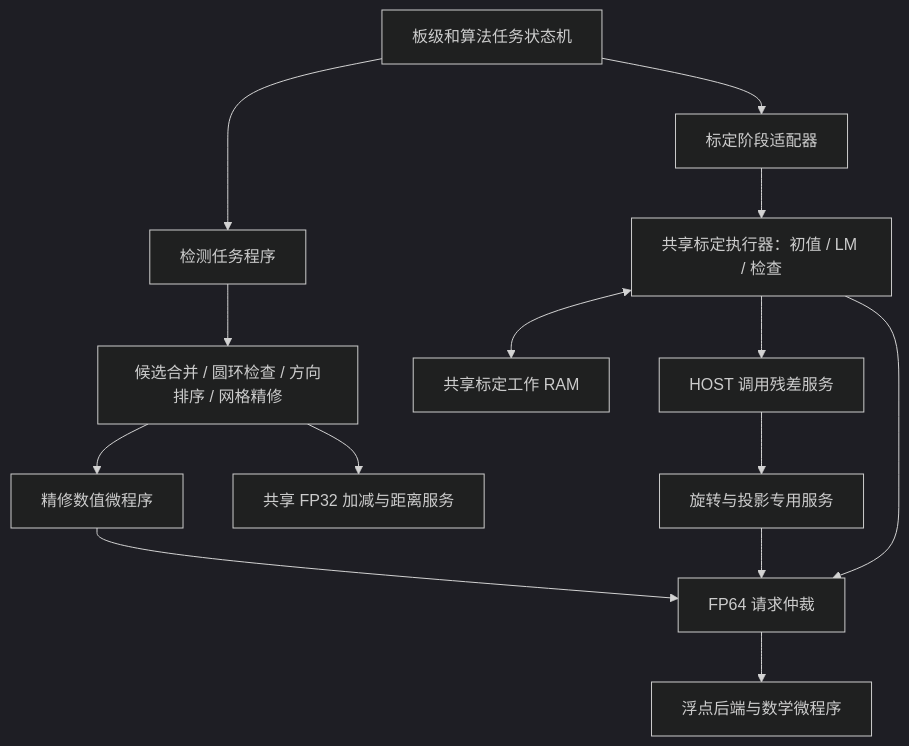
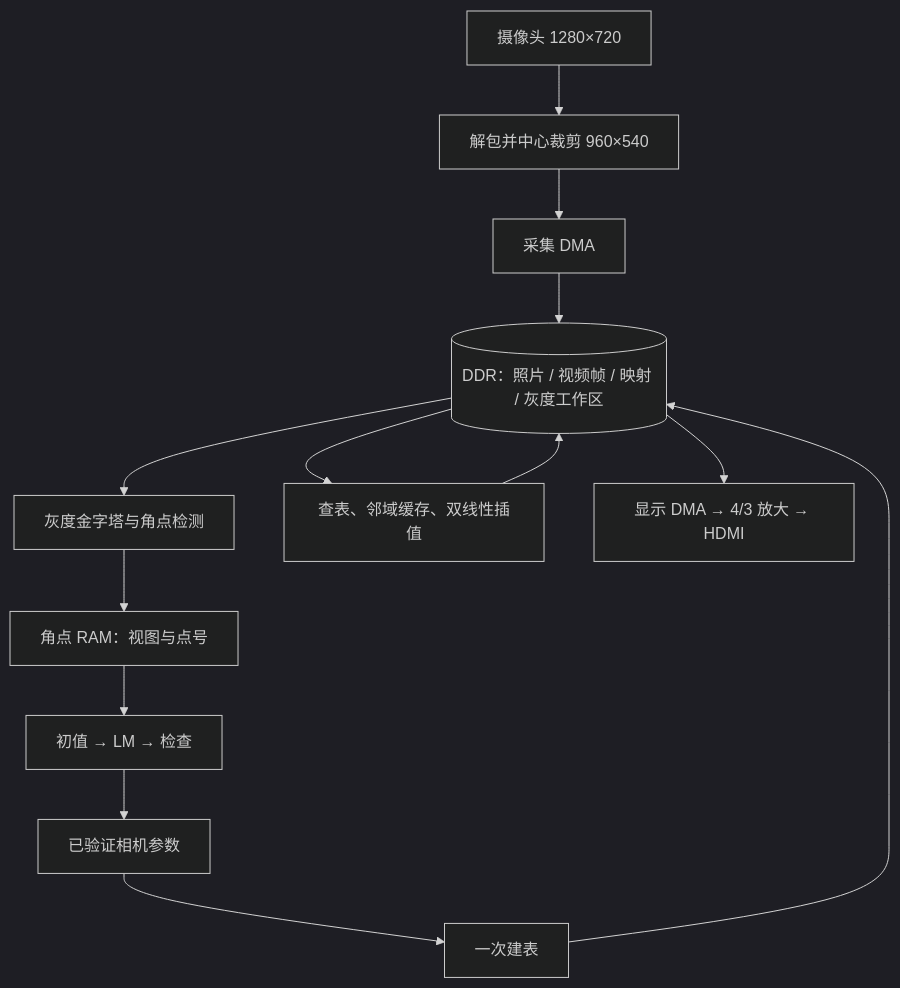
One commit to lch24/fpga_competition changed the diagram in docs/SYSTEM_ARCHITECTURE.md. Above: the diagram before and after it, drawn with Mermaid (dark theme). The commit also changed other lines of this file and 141 other files, not shown here.

````diff
--- a/docs/SYSTEM_ARCHITECTURE.md
+++ b/docs/SYSTEM_ARCHITECTURE.md
@@ -32,16 +10,15 @@
 ```mermaid
 flowchart TD
-    TASK[板级和算法任务状态机] --> DET[检测任务程序]
-    DET --> SERVICES[候选合并 / 圆环检查 / 方向排序 / 网格精修]
-    SERVICES --> FEATURE[精修数值微程序]
-    TASK --> CAL[标定阶段适配器]
-    CAL --> SEQ[共享标定执行器：初值 / LM / 检查]
-    SEQ <--> RAM[共享标定工作 RAM]
-    SEQ --> RES[HOST 调用残差服务]
-    RES --> GEO[旋转与投影专用服务]
-    FEATURE --> POOL[FP64 请求仲裁]
-    SEQ --> POOL
-    GEO --> POOL
-    POOL --> MATH[浮点后端与数学微程序]
-    SERVICES --> ADD[共享 FP32 加减与距离服务]
+    CAM[摄像头 1280×720] --> CROP[解包并中心裁剪 960×540]
+    CROP --> CAP[采集 DMA]
+    CAP --> DDR[(DDR：照片 / 视频帧 / 映射 / 灰度工作区)]
+    DDR --> DET[灰度金字塔与角点检测]
+    DET --> CORNER[角点 RAM：视图与点号]
+    CORNER --> CAL[初值 → LM → 检查]
+    CAL --> PARAM[已验证相机参数]
+    PARAM --> MAP[一次建表]
+    MAP --> DDR
+    DDR --> REMAP[查表、邻域缓存、双线性插值]
+    REMAP --> DDR
+    DDR --> DISP[显示 DMA → 4/3 放大 → HDMI]
 ```
````
